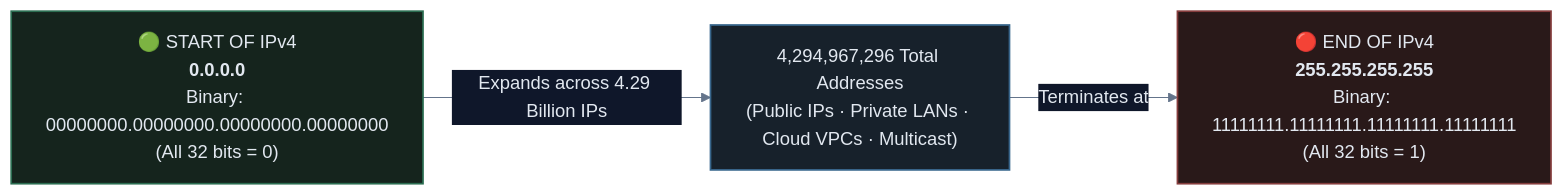
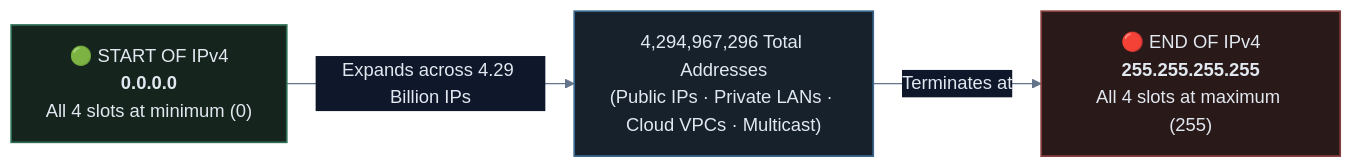
Before and after one commit to heinhtetzan/k8s-in-production: the fourth of 9 diagrams in 01-intro/05-networking-basics.md, drawn with Mermaid. The commit also changed other lines of this file, not shown here.

Commit message:
docs: simplify 05 to use pure decimal numbers and remove all binary explanations

````diff
--- a/01-intro/05-networking-basics.md
+++ b/01-intro/05-networking-basics.md
@@ -202,31 +200,31 @@
 ```mermaid
 %%{init: {
   'theme': 'base',
   'themeVariables': {
     'darkMode': true,
     'background': '#0f172a',
     'primaryColor': '#1e293b',
     'primaryTextColor': '#e2e8f0',
     'primaryBorderColor': '#475569',
     'lineColor': '#64748b',
     'textColor': '#e2e8f0',
     'edgeLabelBackground': '#0f172a'
   },
   'themeCSS': '* { filter: none !important; box-shadow: none !important; } .node * { filter: none !important; } .cluster * { filter: none !important; }'
 }}%%
 graph LR
-    StartNode["🟢 START OF IPv4<br/><b>0.0.0.0</b><br/>Binary: 00000000.00000000.00000000.00000000<br/>(All 32 bits = 0)"]
+    StartNode["🟢 START OF IPv4<br/><b>0.0.0.0</b><br/>All 4 slots at minimum (0)"]
     Spectrum["4,294,967,296 Total Addresses<br/>(Public IPs · Private LANs · Cloud VPCs · Multicast)"]
-    EndNode["🔴 END OF IPv4<br/><b>255.255.255.255</b><br/>Binary: 11111111.11111111.11111111.11111111<br/>(All 32 bits = 1)"]
+    EndNode["🔴 END OF IPv4<br/><b>255.255.255.255</b><br/>All 4 slots at maximum (255)"]
 
     StartNode -->|"Expands across 4.29 Billion IPs"| Spectrum
     Spectrum -->|"Terminates at"| EndNode
 
     classDef cStart fill:#15241d,stroke:#2b6d51,stroke-width:1.5px,color:#e2e8f0;
     classDef cMid fill:#17212b,stroke:#38668c,stroke-width:1.5px,color:#e2e8f0;
     classDef cEnd fill:#291919,stroke:#853d3d,stroke-width:1.5px,color:#e2e8f0;
 
     class StartNode cStart;
     class Spectrum cMid;
     class EndNode cEnd;
 ```
````
